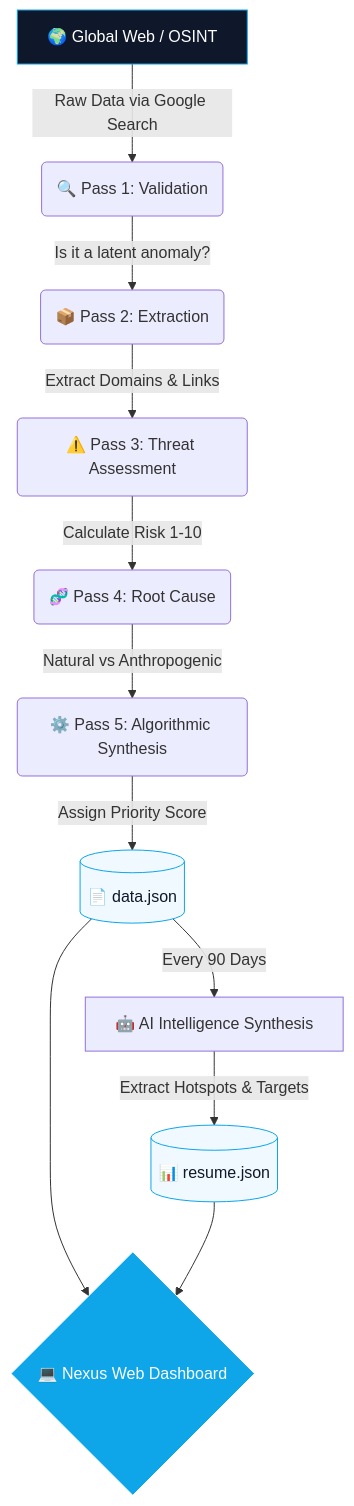
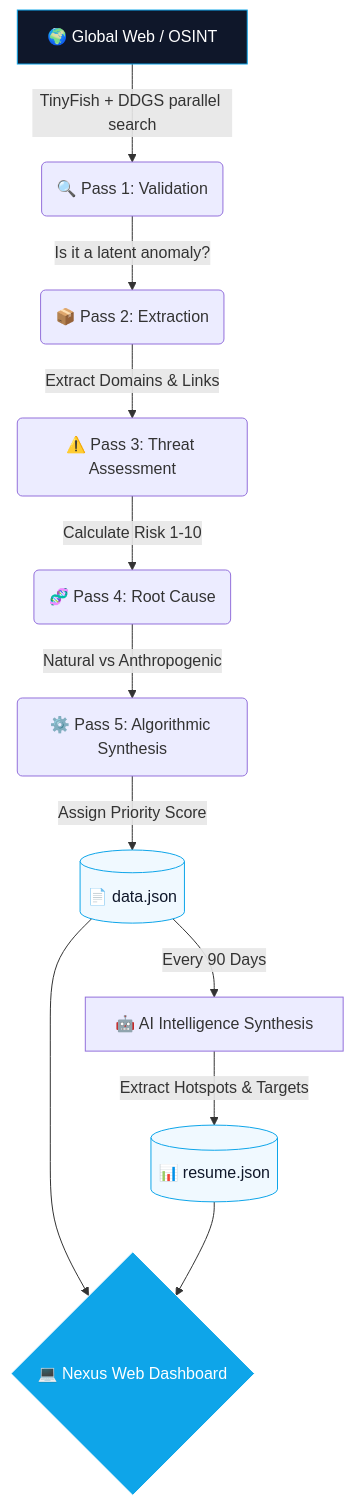
The diagram in README.md (AnggaConni/Nexus-Radar), drawn with Mermaid before and after one commit. The commit also changed other lines of this file, not shown here.

Commit message:
Document TinyFish parallel search configuration

````diff
--- a/README.md
+++ b/README.md
@@ -28,21 +28,21 @@
 ```mermaid
 graph TD
-    A[🌍 Global Web / OSINT] -->|Raw Data via Google Search| B(🔍 Pass 1: Validation)
+    A[🌍 Global Web / OSINT] -->|TinyFish + DDGS parallel search| B(🔍 Pass 1: Validation)
     B -->|Is it a latent anomaly?| C(📦 Pass 2: Extraction)
     C -->|Extract Domains & Links| D(⚠️ Pass 3: Threat Assessment)
     D -->|Calculate Risk 1-10| E(🧬 Pass 4: Root Cause)
     E -->|Natural vs Anthropogenic| F(⚙️ Pass 5: Algorithmic Synthesis)
     
     F -->|Assign Priority Score| G[(📄 data.json)]
     
     G -->|Every 90 Days| H[🤖 AI Intelligence Synthesis]
     H -->|Extract Hotspots & Targets| I[(📊 resume.json)]
     
     G --> J{💻 Nexus Web Dashboard}
     I --> J
     
     style A fill:#0f172a,stroke:#0ea5e9,color:#fff
     style G fill:#f0f9ff,stroke:#0ea5e9,color:#0f172a
     style I fill:#f0f9ff,stroke:#0ea5e9,color:#0f172a
     style J fill:#0ea5e9,stroke:#fff,color:#fff
 ```
````
